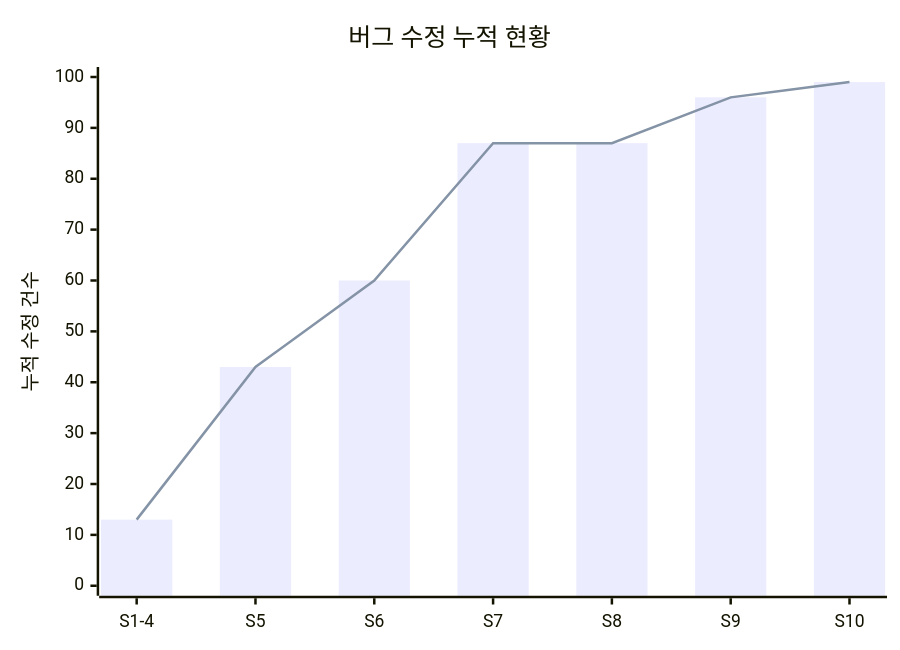
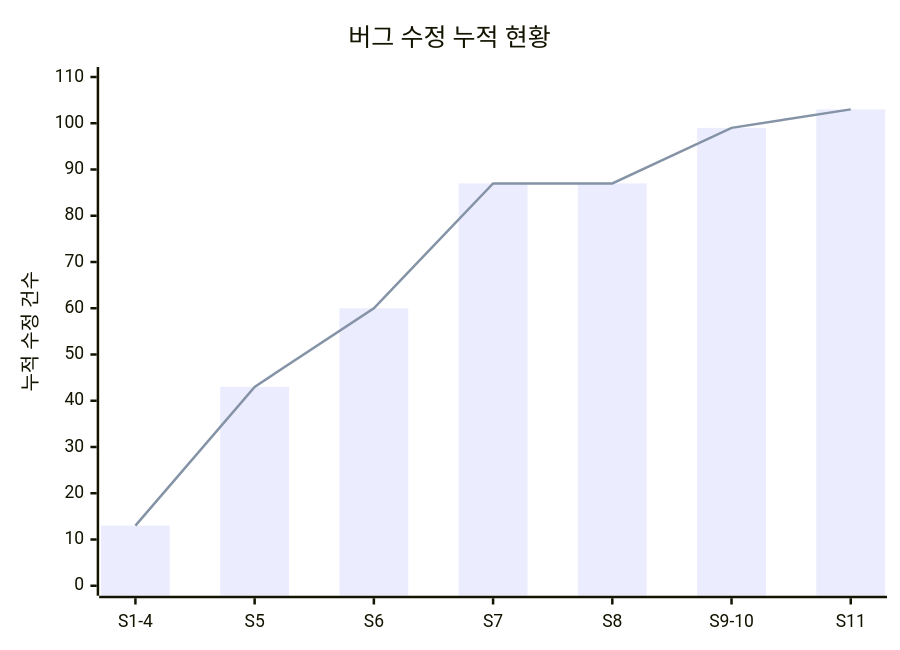
Diagram 28 of 31 in README.md (sun475300-sudo/Swarm-control-in-sc2bot), drawn with Mermaid before and after one commit. The commit also changed other lines of this file, not shown here.

````diff
--- a/README.md
+++ b/README.md
@@ -814,8 +816,8 @@
 ```mermaid
 xychart-beta
     title "버그 수정 누적 현황"
-    x-axis ["S1-4", "S5", "S6", "S7", "S8", "S9", "S10"]
-    y-axis "누적 수정 건수" 0 --> 100
-    bar [13, 43, 60, 87, 87, 96, 99]
-    line [13, 43, 60, 87, 87, 96, 99]
+    x-axis ["S1-4", "S5", "S6", "S7", "S8", "S9-10", "S11"]
+    y-axis "누적 수정 건수" 0 --> 110
+    bar [13, 43, 60, 87, 87, 99, 103]
+    line [13, 43, 60, 87, 87, 99, 103]
 ```
````
